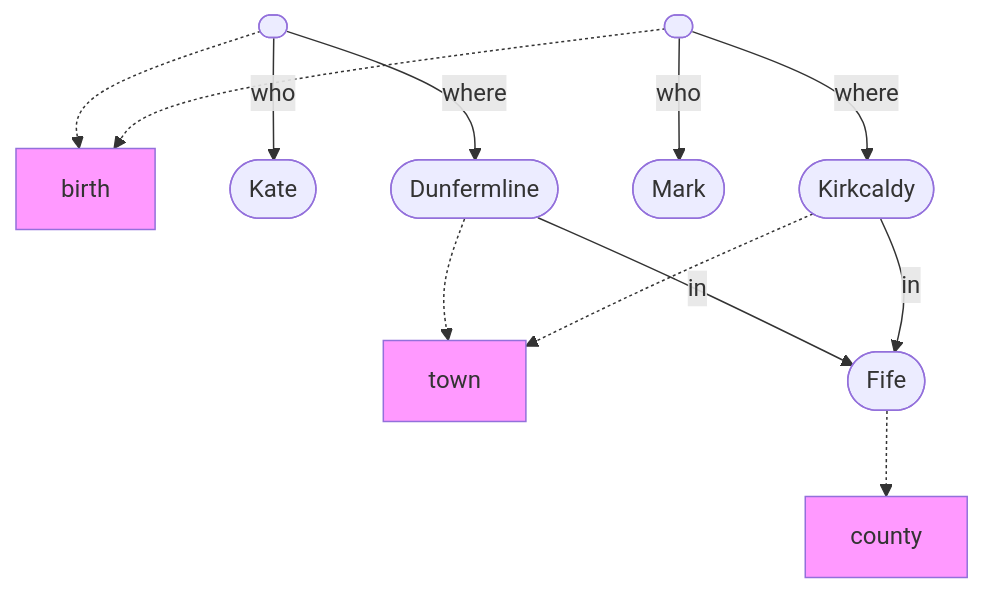
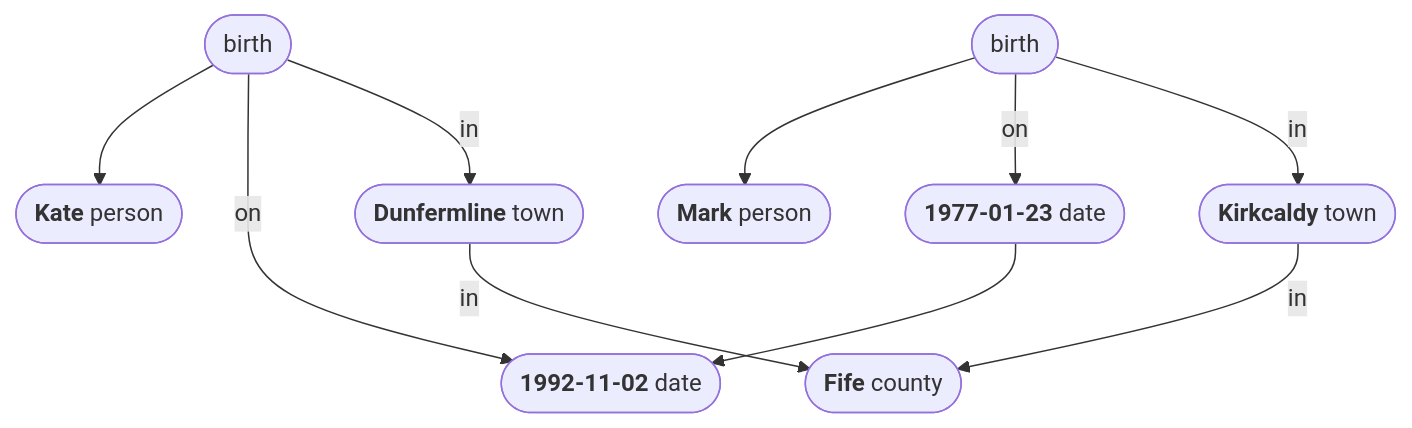
Before and after one commit to conmaol/maglocunus: the fourth of 9 diagrams in d/data.md, drawn with Mermaid. The commit also changed other lines of this file, not shown here.

First line of the commit message:
Refactor mermaid diagrams and enhance descriptions

````diff
--- a/d/data.md
+++ b/d/data.md
@@ -113,25 +75,23 @@
 ```mermaid
 flowchart TD
-    f[birth]:::type
-    a -.-> f
-    a([ ])
-    b([Kate])
-    d([Dunfermline])
-    a -- who --> b
-    a -- where --> d
-    k[town]:::type
-    d -.-> k
-    classDef type fill:#f9f;
-    aa -.-> f
-    aa([ ])
-    bb([Mark])
-    dd([Kirkcaldy])
-    aa -- who --> bb
-    aa -- where --> dd
-    dd -.-> k
-    ddd([Fife])
-    d -- in --> ddd
-    dd -- in --> ddd
-    kk[county]:::type
-    ddd -.-> kk
+    a([birth])
+    b(["`**Kate** person`"])
+    c(["`**1992-11-02** date`"])
+    d(["`**Dunfermline** town`"])
+    a --> b
+    a -- on --> c
+    a -- in --> d
+    aa([birth])
+    bb(["`**Mark** person`"])
+    cc(["`**1977-01-23** date`"])
+    dd(["`**Kirkcaldy** town`"])
+    aa --> bb
+    aa -- on --> cc
+    aa -- in --> dd
+    e(["`**Fife** county`"])
+    d -- in --> e
+    dd -- in --> e
+    cc --> c
+
+
 ```
````
